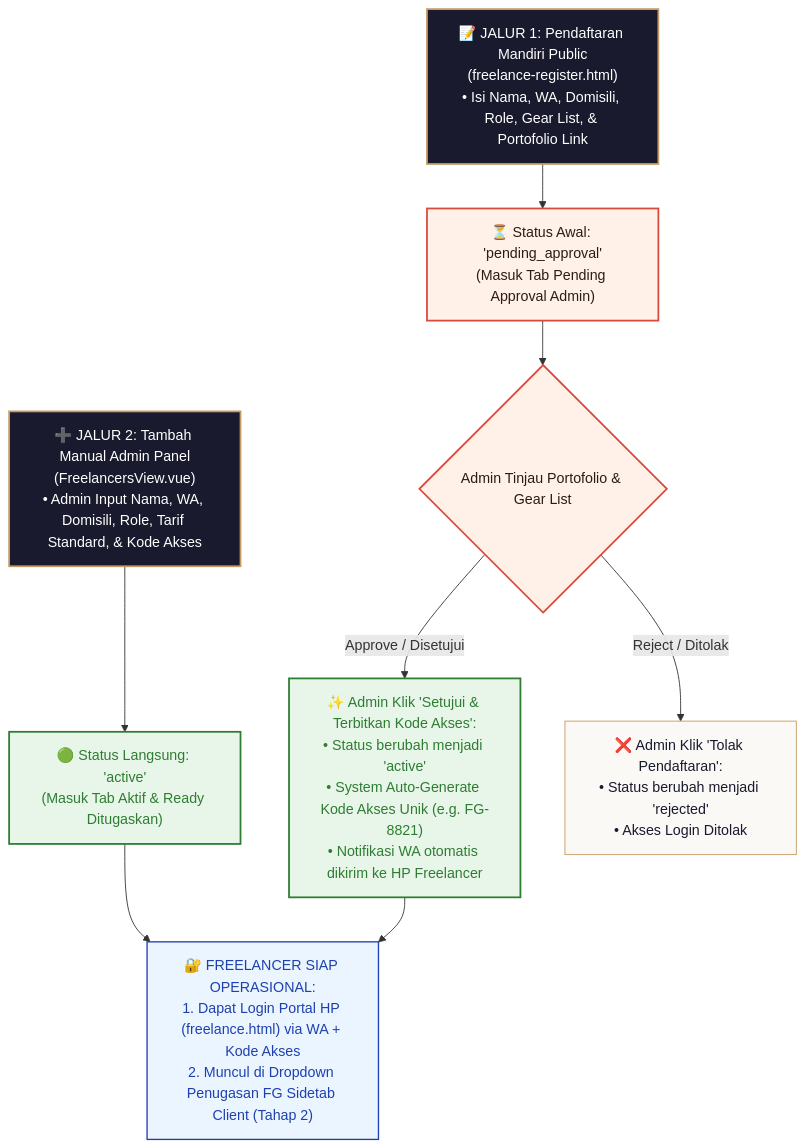
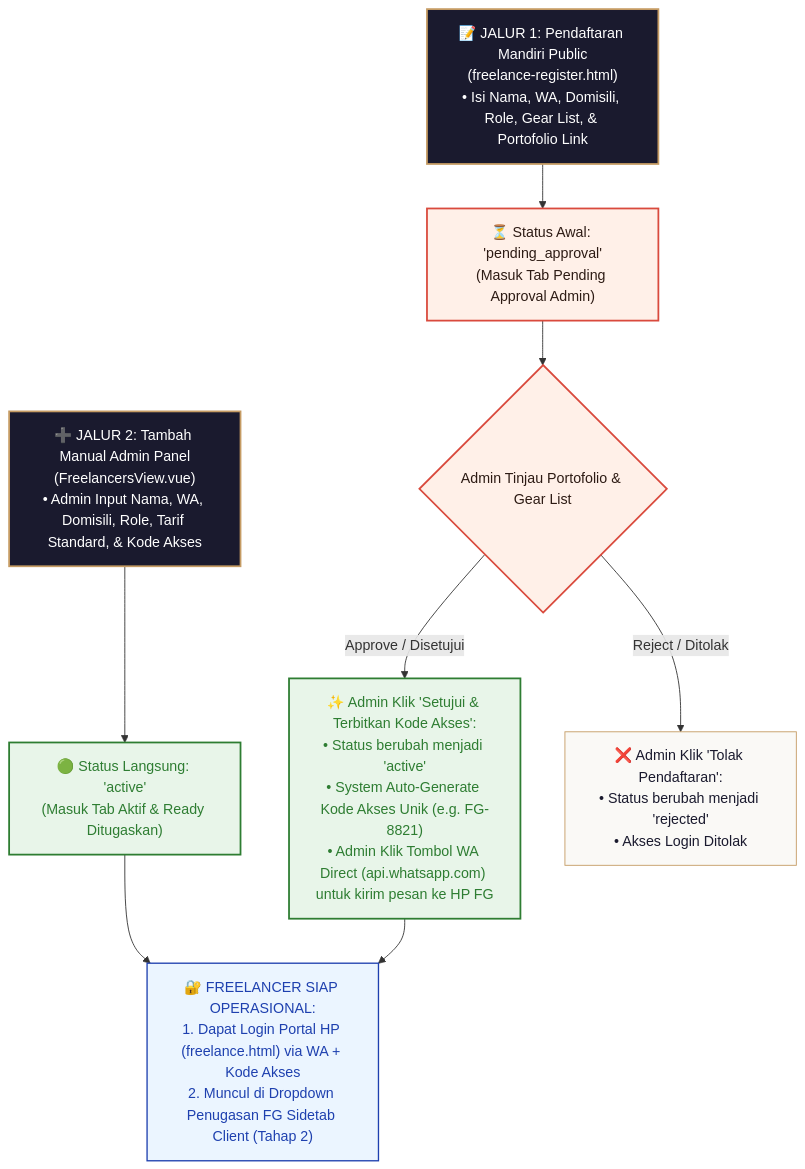
One commit to armansyam/Wisuda changed the third of 3 diagrams in FLOW_SISTEM/FREELANCE_TAHAP1_list_freelance.md. Above: the diagram before and after it, drawn with Mermaid. The commit also changed other lines of this file and 22 other files, not shown here.

````diff
--- a/FLOW_SISTEM/FREELANCE_TAHAP1_list_freelance.md
+++ b/FLOW_SISTEM/FREELANCE_TAHAP1_list_freelance.md
@@ -102,24 +194,24 @@
 ```mermaid
 flowchart TD
     classDef startEnd fill:#1A1A2E,stroke:#C59B63,stroke-width:2px,color:#FFF;
     classDef process fill:#FAF9F6,stroke:#C59B63,stroke-width:1px,color:#1A1A2E;
     classDef decision fill:#FFF0E8,stroke:#D94A3D,stroke-width:2px,color:#2D1B14;
     classDef subStage fill:#EBF5FF,stroke:#1E40AF,stroke-width:1.5px,color:#1E40AF;
     classDef gate fill:#E8F5E9,stroke:#2E7D32,stroke-width:2px,color:#2E7D32;
 
     %% INPUT SOURCES
     J1["📝 JALUR 1: Pendaftaran Mandiri Public\n(freelance-register.html)\n• Isi Nama, WA, Domisili, Role, Gear List, & Portofolio Link"]:::startEnd --> Pending["⏳ Status Awal: 'pending_approval'\n(Masuk Tab Pending Approval Admin)"]:::decision
 
     J2["➕ JALUR 2: Tambah Manual Admin Panel\n(FreelancersView.vue)\n• Admin Input Nama, WA, Domisili, Role, Tarif Standard, & Kode Akses"]:::startEnd --> ActiveDirect["🟢 Status Langsung: 'active'\n(Masuk Tab Aktif & Ready Ditugaskan)"]:::gate
 
     %% PENDING APPROVAL FLOW
     Pending --> AdminCheck{"Admin Tinjau Portofolio & Gear List"}:::decision
 
-    AdminCheck -->|Approve / Disetujui| ApproveAction["✨ Admin Klik 'Setujui & Terbitkan Kode Akses':\n• Status berubah menjadi 'active'\n• System Auto-Generate Kode Akses Unik (e.g. FG-8821)\n• Notifikasi WA otomatis dikirim ke HP Freelancer"]:::gate
+    AdminCheck -->|Approve / Disetujui| ApproveAction["✨ Admin Klik 'Setujui & Terbitkan Kode Akses':\n• Status berubah menjadi 'active'\n• System Auto-Generate Kode Akses Unik (e.g. FG-8821)\n• Admin Klik Tombol WA Direct (api.whatsapp.com) untuk kirim pesan ke HP FG"]:::gate
 
     AdminCheck -->|Reject / Ditolak| RejectAction["❌ Admin Klik 'Tolak Pendaftaran':\n• Status berubah menjadi 'rejected'\n• Akses Login Ditolak"]:::process
 
     %% READY STATE
     ApproveAction --> ReadyState["🔐 FREELANCER SIAP OPERASIONAL:\n1. Dapat Login Portal HP (freelance.html) via WA + Kode Akses\n2. Muncul di Dropdown Penugasan FG Sidetab Client (Tahap 2)"]:::subStage
     ActiveDirect --> ReadyState
 ```
````
